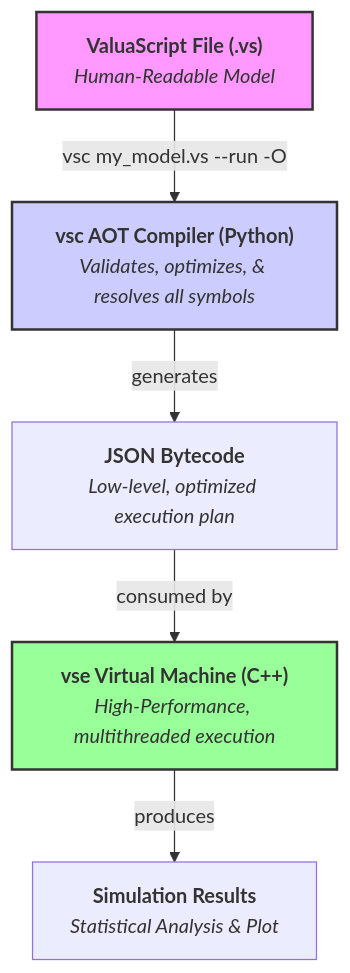
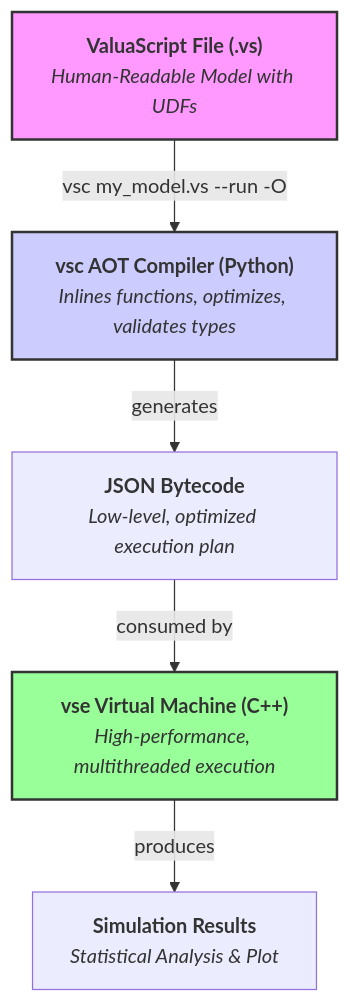
The first of 2 diagrams in README.md (Alessio2704/monte-carlo-simulator), drawn with Mermaid before and after one commit. The commit also changed other lines of this file, not shown here.

````diff
--- a/README.md
+++ b/README.md
@@ -45,11 +48,11 @@
 ```mermaid
 graph TD;
-    A["<b>ValuaScript File (.vs)</b><br/><i>Human-Readable Model</i>"] -- "vsc my_model.vs --run -O" --> B["<b>vsc AOT Compiler (Python)</b><br/><i>Validates, optimizes, & resolves all symbols</i>"];
+    A["<b>ValuaScript File (.vs)</b><br/><i>Human-Readable Model with UDFs</i>"] -- "vsc my_model.vs --run -O" --> B["<b>vsc AOT Compiler (Python)</b><br/><i>Inlines functions, optimizes, validates types</i>"];
     B -- generates --> C["<b>JSON Bytecode</b><br/><i>Low-level, optimized execution plan</i>"];
-    C -- consumed by --> D["<b>vse Virtual Machine (C++)</b><br/><i>High-Performance, multithreaded execution</i>"];
+    C -- consumed by --> D["<b>vse Virtual Machine (C++)</b><br/><i>High-performance, multithreaded execution</i>"];
     D -- produces --> E["<b>Simulation Results</b><br/><i>Statistical Analysis & Plot</i>"];
 
     style A fill:#f9f,stroke:#333,stroke-width:2px
     style B fill:#ccf,stroke:#333,stroke-width:2px
     style D fill:#9f9,stroke:#333,stroke-width:2px
 ```
````
